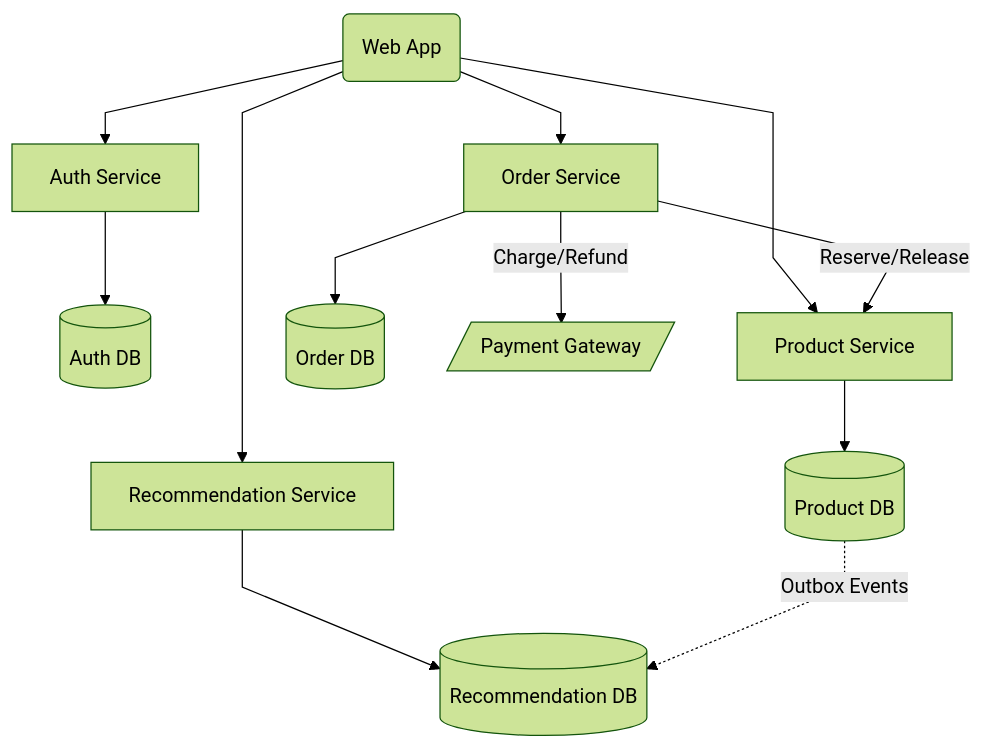
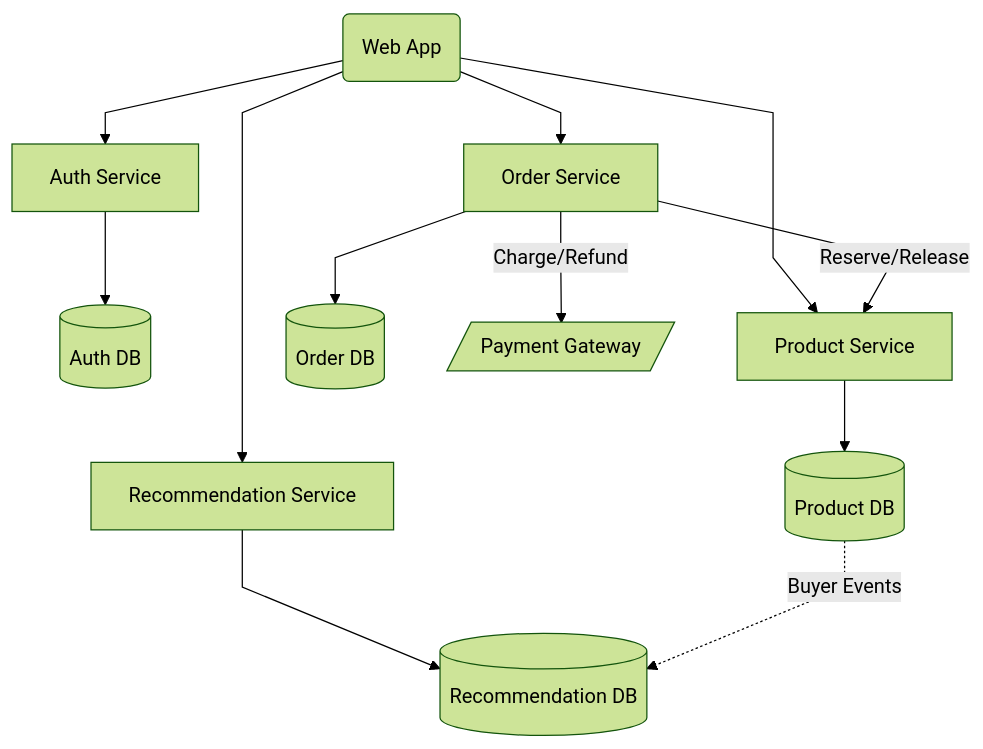
Before and after one commit to rafaritter44/architecture-katas: the first of 3 diagrams in latency-aficionados/README.md, drawn with Mermaid (forest theme). The commit also changed other lines of this file, not shown here.

Commit message:
Add buyer_event table

````diff
--- a/latency-aficionados/README.md
+++ b/latency-aficionados/README.md
@@ -34,38 +34,38 @@
 ```mermaid
 ---
 config:
   flowchart:
     curve: linear
 ---
 flowchart TD
     WA(Web App)
 
     AS[Auth Service]
     ADB[(Auth DB)]
 
     PS[Product Service]
     PDB[(Product DB)]
 
     OS[Order Service]
     ODB[(Order DB)]
 
     RS[Recommendation Service]
     RDB[(Recommendation DB)]
 
     PG[/Payment Gateway/]
 
     WA --> AS
     WA --> PS
     WA --> RS
     WA --> OS
 
     AS --> ADB
     PS --> PDB
     RS --> RDB
     OS --> ODB
 
     OS -->|Reserve/Release| PS
     OS -->|Charge/Refund| PG
 
-    PDB -.->|Outbox Events| RDB
+    PDB -.->|Buyer Events| RDB
 ```
````
